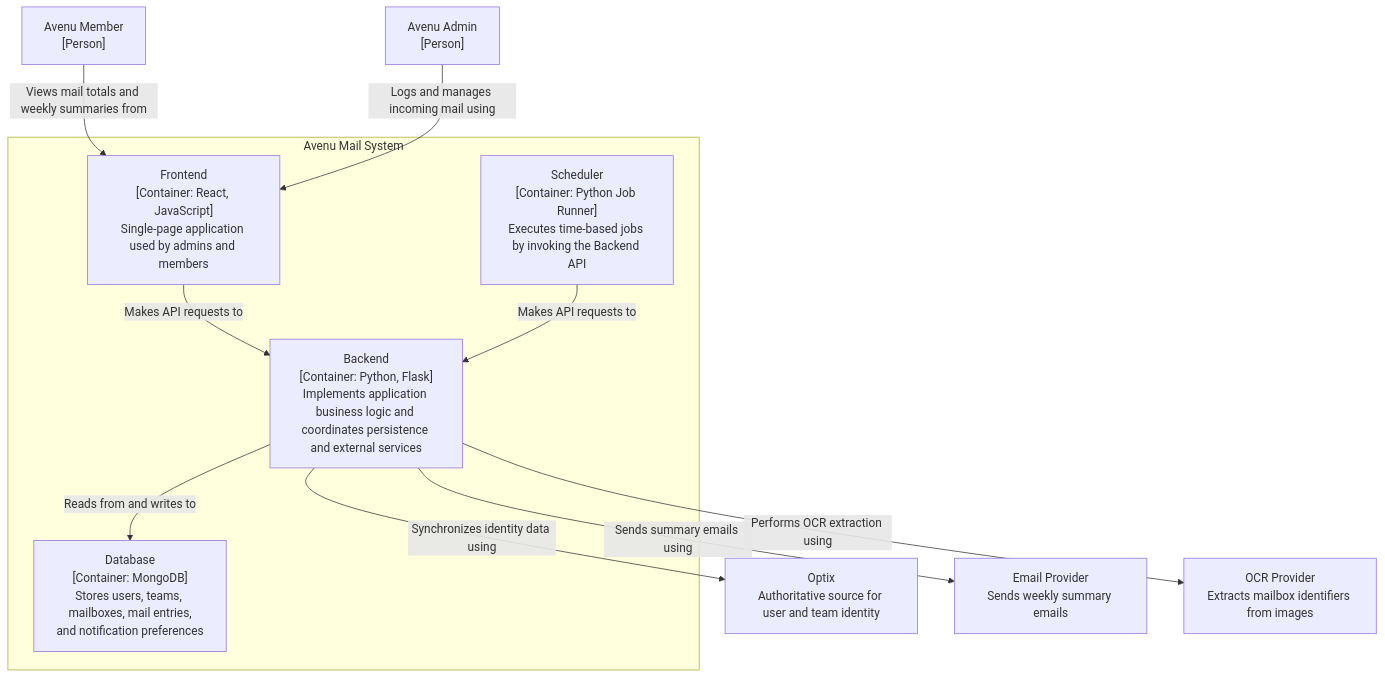
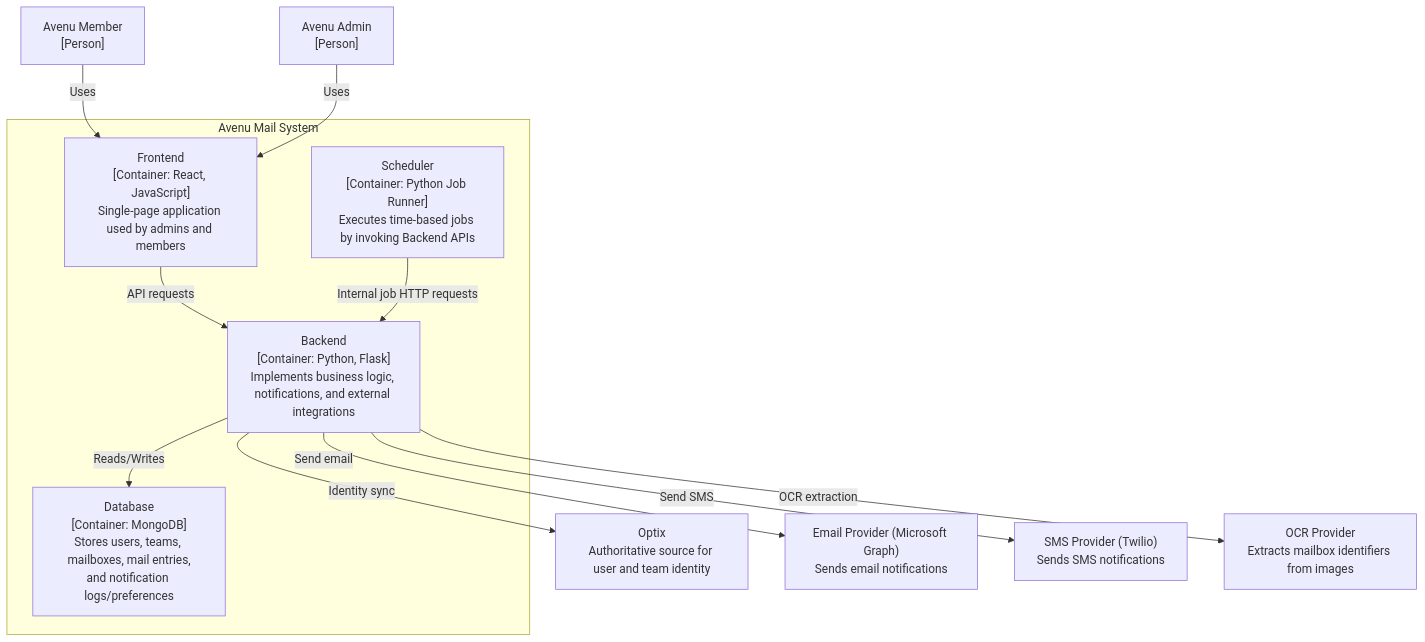
One commit to CMU-413/avenu changed the diagram in docs/architecture/diagrams/container-diagram.mmd. Above: the diagram before and after it, drawn with Mermaid. The commit also changed 8 other files, not shown here.

Commit message:
docs: SMS architecture docs + artifacts

```diff
--- a/docs/architecture/diagrams/container-diagram.mmd
+++ b/docs/architecture/diagrams/container-diagram.mmd
@@ -1,52 +1,26 @@
 flowchart TB
 
-%% =============================
-%% PERSONS
-%% =============================
-
 Member["Avenu Member<br>[Person]"]
-
 Admin["Avenu Admin<br>[Person]"]
 
-%% =============================
-%% SYSTEM BOUNDARY
-%% =============================
-
 subgraph Avenu["Avenu Mail System"]
-
     Frontend["Frontend<br>[Container: React, JavaScript]<br>Single-page application used by admins and members"]
-
-    Backend["Backend<br>[Container: Python, Flask]<br>Implements application business logic and coordinates persistence and external services"]
-
-    Scheduler["Scheduler<br>[Container: Python Job Runner]<br>Executes time-based jobs by invoking the Backend API"]
-
-    Database["Database<br>[Container: MongoDB]<br>Stores users, teams, mailboxes, mail entries,<br>and notification preferences"]
-
+    Backend["Backend<br>[Container: Python, Flask]<br>Implements business logic, notifications, and external integrations"]
+    Scheduler["Scheduler<br>[Container: Python Job Runner]<br>Executes time-based jobs by invoking Backend APIs"]
+    Database["Database<br>[Container: MongoDB]<br>Stores users, teams, mailboxes, mail entries,<br>and notification logs/preferences"]
 end
 
-%% =============================
-%% EXTERNAL SYSTEMS
-%% =============================
-
 Optix["Optix<br>Authoritative source for user and team identity"]
-
-EmailProvider["Email Provider<br>Sends weekly summary emails"]
-
+EmailProvider["Email Provider (Microsoft Graph)<br>Sends email notifications"]
+SMSProvider["SMS Provider (Twilio)<br>Sends SMS notifications"]
 OCRProvider["OCR Provider<br>Extracts mailbox identifiers from images"]
 
-%% =============================
-%% RELATIONSHIPS
-%% =============================
-
-Member -->|"Views mail totals and weekly summaries from"| Frontend
-Admin -->|"Logs and manages incoming mail using"| Frontend
-
-Frontend -->|"Makes API requests to"| Backend
-
-Scheduler -->|"Makes API requests to"| Backend
-
-Backend -->|"Reads from and writes to"| Database
-
-Backend -->|"Synchronizes identity data using"| Optix
-Backend -->|"Sends summary emails using"| EmailProvider
-Backend -->|"Performs OCR extraction using"| OCRProvider
+Member -->|"Uses"| Frontend
+Admin -->|"Uses"| Frontend
+Frontend -->|"API requests"| Backend
+Scheduler -->|"Internal job HTTP requests"| Backend
+Backend -->|"Reads/Writes"| Database
+Backend -->|"Identity sync"| Optix
+Backend -->|"Send email"| EmailProvider
+Backend -->|"Send SMS"| SMSProvider
+Backend -->|"OCR extraction"| OCRProvider
```
